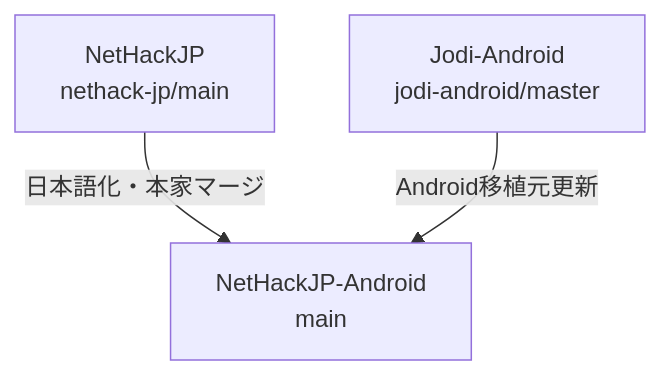
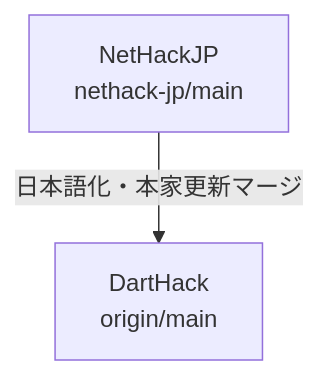
The diagram in DEVELOPMENT.md (satokiyon/DartHack), drawn with Mermaid before and after one commit. The commit also changed other lines of this file and 4 other files, not shown here.

````diff
--- a/DEVELOPMENT.md
+++ b/DEVELOPMENT.md
@@ -261,5 +261,4 @@
 ```mermaid
 graph TD
-    NetHackJP[NetHackJP<br>nethack-jp/main] -->|日本語化・本家マージ| NetHackJPAndroid[NetHackJP-Android<br>main]
-    JodiAndroid[Jodi-Android<br>jodi-android/master] -->|Android移植元更新| NetHackJPAndroid
+    NetHackJP[NetHackJP<br>nethack-jp/main] -->|日本語化・本家更新マージ| DartHack[DartHack<br>origin/main]
 ```
````
